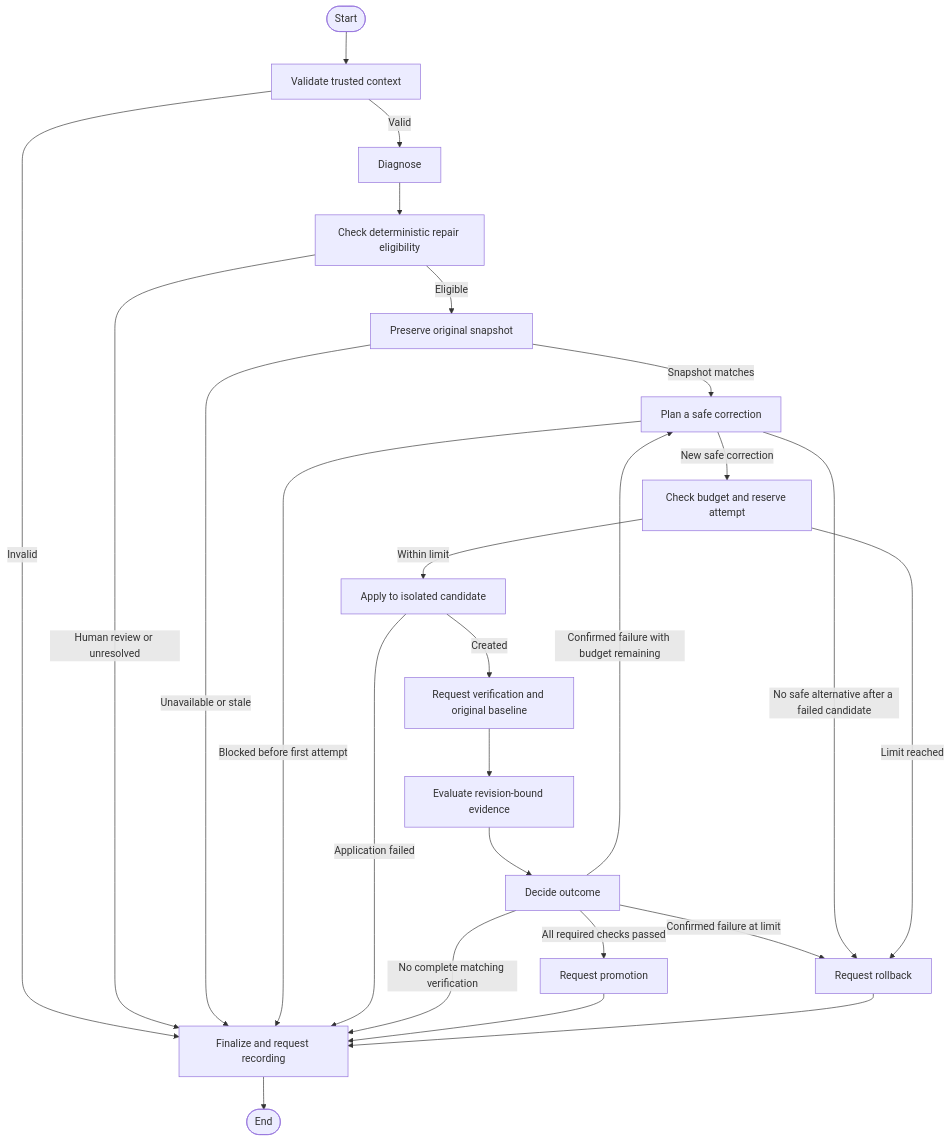
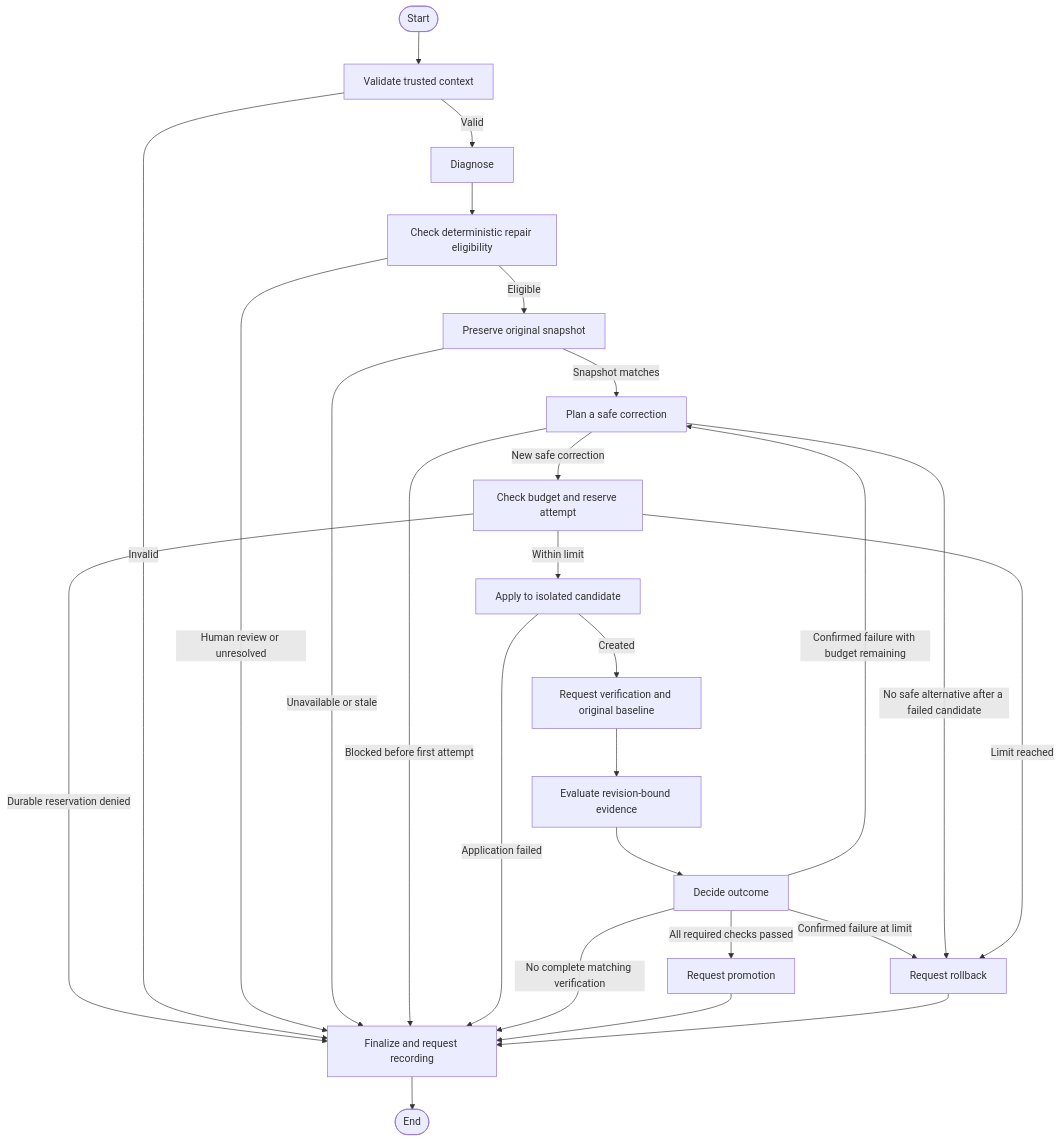
The diagram in docs/REPAIR_RECOVERY_GRAPH.md (vaishnavtt/Agent_build), drawn with Mermaid before and after one commit. The commit also changed other lines of this file and 3 other files, not shown here.

````diff
--- a/docs/REPAIR_RECOVERY_GRAPH.md
+++ b/docs/REPAIR_RECOVERY_GRAPH.md
@@ -9,27 +12,28 @@
 ```mermaid
 flowchart TD
     Start([Start]) --> Context[Validate trusted context]
     Context -->|Valid| Diagnose[Diagnose]
     Diagnose --> Eligibility[Check deterministic repair eligibility]
     Eligibility -->|Eligible| Snapshot[Preserve original snapshot]
     Snapshot -->|Snapshot matches| Plan[Plan a safe correction]
     Plan -->|New safe correction| Reserve[Check budget and reserve attempt]
     Reserve -->|Within limit| Apply[Apply to isolated candidate]
+    Reserve -->|Durable reservation denied| Finish[Finalize and request recording]
     Apply -->|Created| Verify[Request verification and original baseline]
     Verify --> Evaluate[Evaluate revision-bound evidence]
     Evaluate --> Decide[Decide outcome]
     Decide -->|All required checks passed| Promote[Request promotion]
     Decide -->|Confirmed failure with budget remaining| Plan
     Decide -->|Confirmed failure at limit| Rollback[Request rollback]
     Plan -->|No safe alternative after a failed candidate| Rollback
     Reserve -->|Limit reached| Rollback
-    Context -->|Invalid| Finish[Finalize and request recording]
+    Context -->|Invalid| Finish
     Eligibility -->|Human review or unresolved| Finish
     Snapshot -->|Unavailable or stale| Finish
     Plan -->|Blocked before first attempt| Finish
     Apply -->|Application failed| Finish
     Decide -->|No complete matching verification| Finish
     Promote --> Finish
     Rollback --> Finish
     Finish --> End([End])
 ```
````
